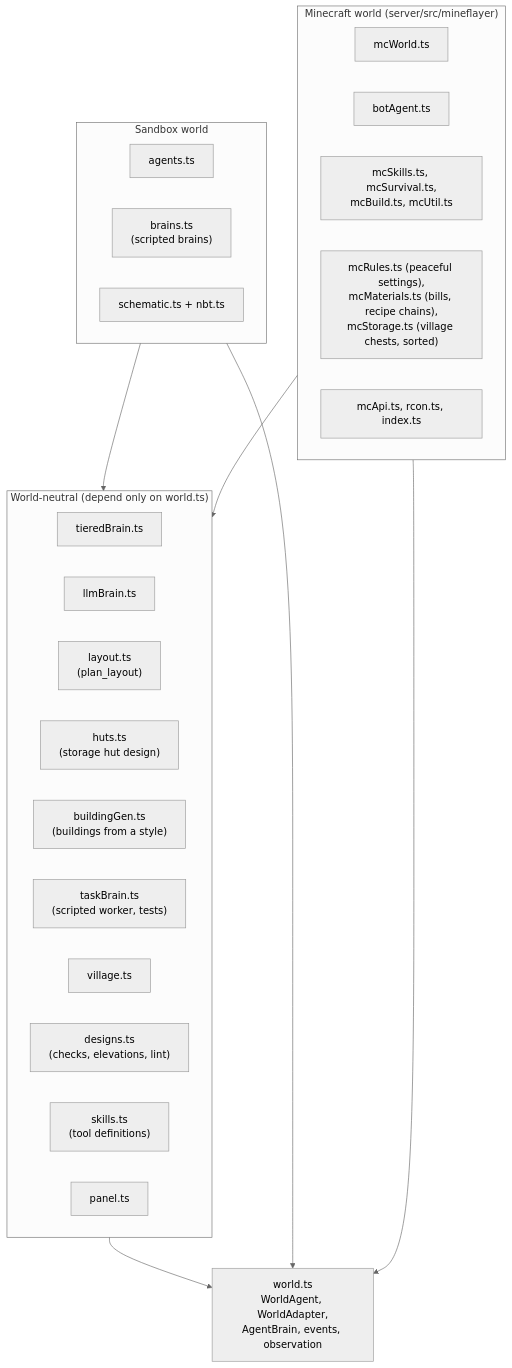
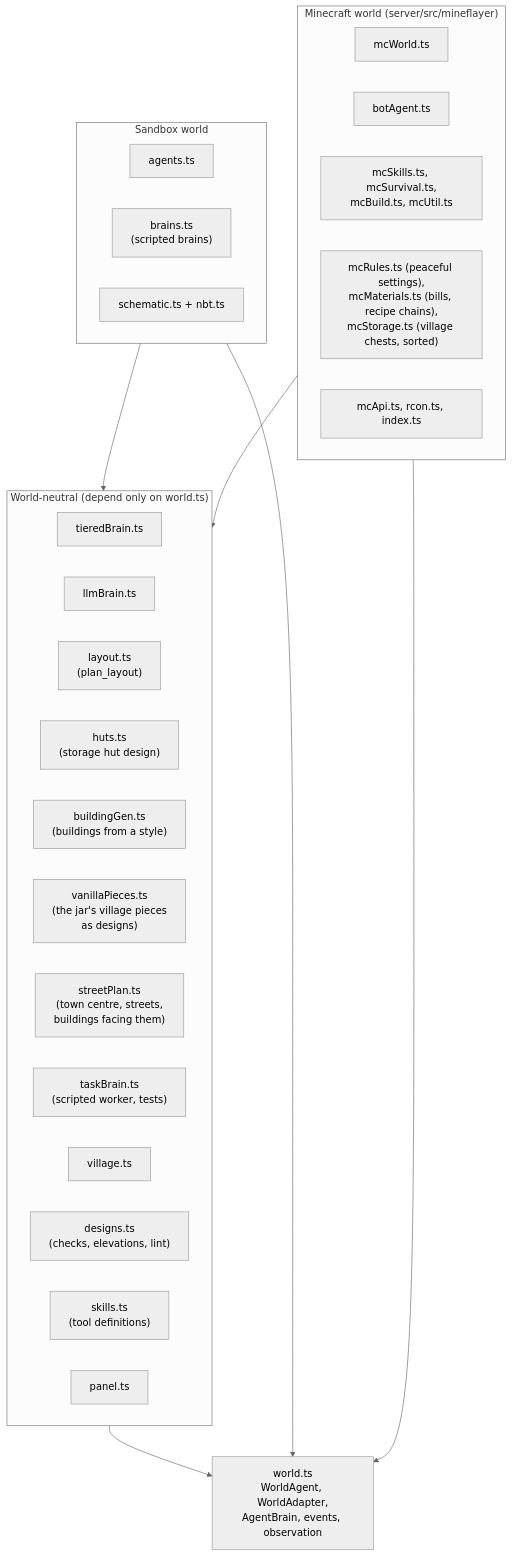
The third of 16 diagrams in docs/ARCHITECTURE.md (delphium226/MCAISandbox), drawn with Mermaid (neutral theme) before and after one commit. The commit also changed other lines of this file and 3 other files, not shown here.

````diff
--- a/docs/ARCHITECTURE.md
+++ b/docs/ARCHITECTURE.md
@@ -143,33 +144,35 @@
 ```mermaid
 flowchart TB
   subgraph neutral["World-neutral (depend only on world.ts)"]
     tiered["tieredBrain.ts"]
     llm["llmBrain.ts"]
     layoutts["layout.ts<br/>(plan_layout)"]
     huts["huts.ts<br/>(storage hut design)"]
     gen["buildingGen.ts<br/>(buildings from a style)"]
+    vanilla["vanillaPieces.ts<br/>(the jar's village pieces<br/>as designs)"]
+    street["streetPlan.ts<br/>(town centre, streets,<br/>buildings facing them)"]
     taskb["taskBrain.ts<br/>(scripted worker, tests)"]
     village["village.ts"]
     designs["designs.ts<br/>(checks, elevations, lint)"]
     skills["skills.ts<br/>(tool definitions)"]
     panelts["panel.ts"]
   end
   world["world.ts<br/>WorldAgent, WorldAdapter,<br/>AgentBrain, events, observation"]
   subgraph sandbox["Sandbox world"]
     agents["agents.ts"]
     brains["brains.ts<br/>(scripted brains)"]
     schematic["schematic.ts + nbt.ts"]
   end
   subgraph minecraft["Minecraft world (server/src/mineflayer)"]
     mcworld["mcWorld.ts"]
     bot["botAgent.ts"]
     mcskills["mcSkills.ts, mcSurvival.ts,<br/>mcBuild.ts, mcUtil.ts"]
     mcecon["mcRules.ts (peaceful settings),<br/>mcMaterials.ts (bills, recipe chains),<br/>mcStorage.ts (village chests, sorted)"]
     mcapi["mcApi.ts, rcon.ts, index.ts"]
   end
   neutral --> world
   sandbox --> world
   minecraft --> world
   sandbox --> neutral
   minecraft --> neutral
 ```
````
